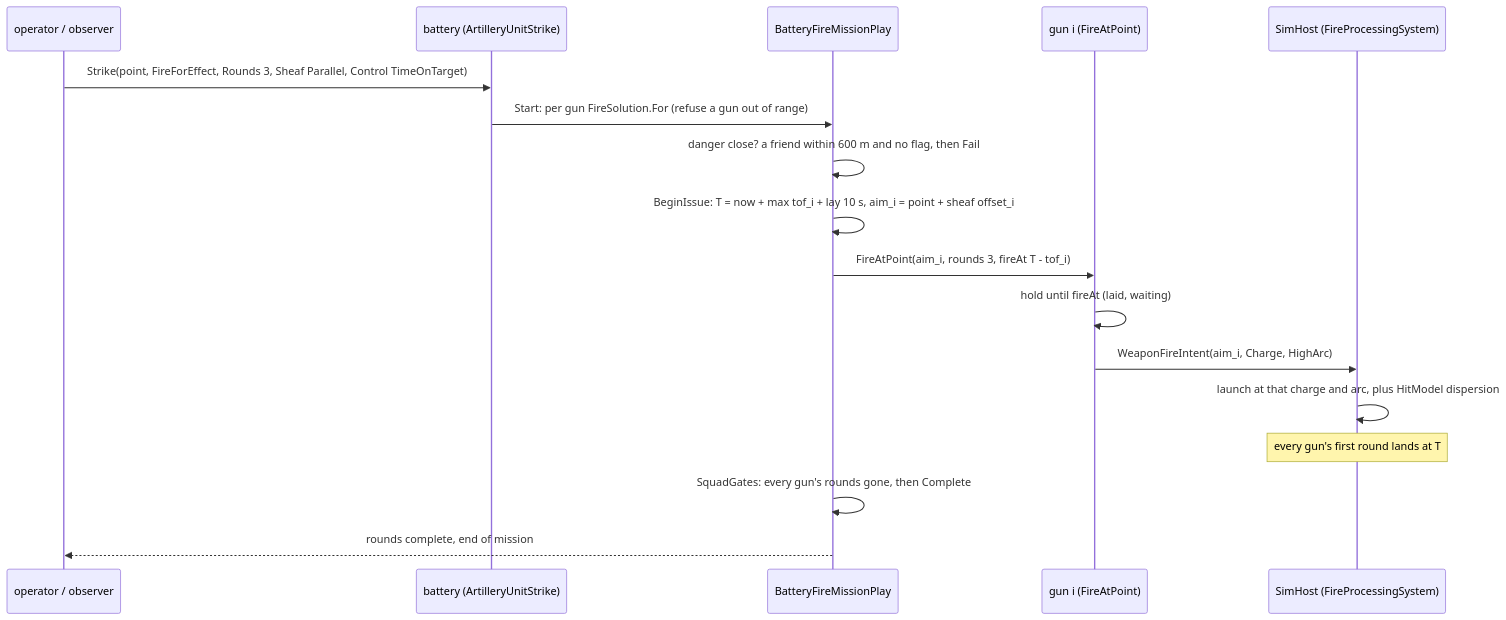
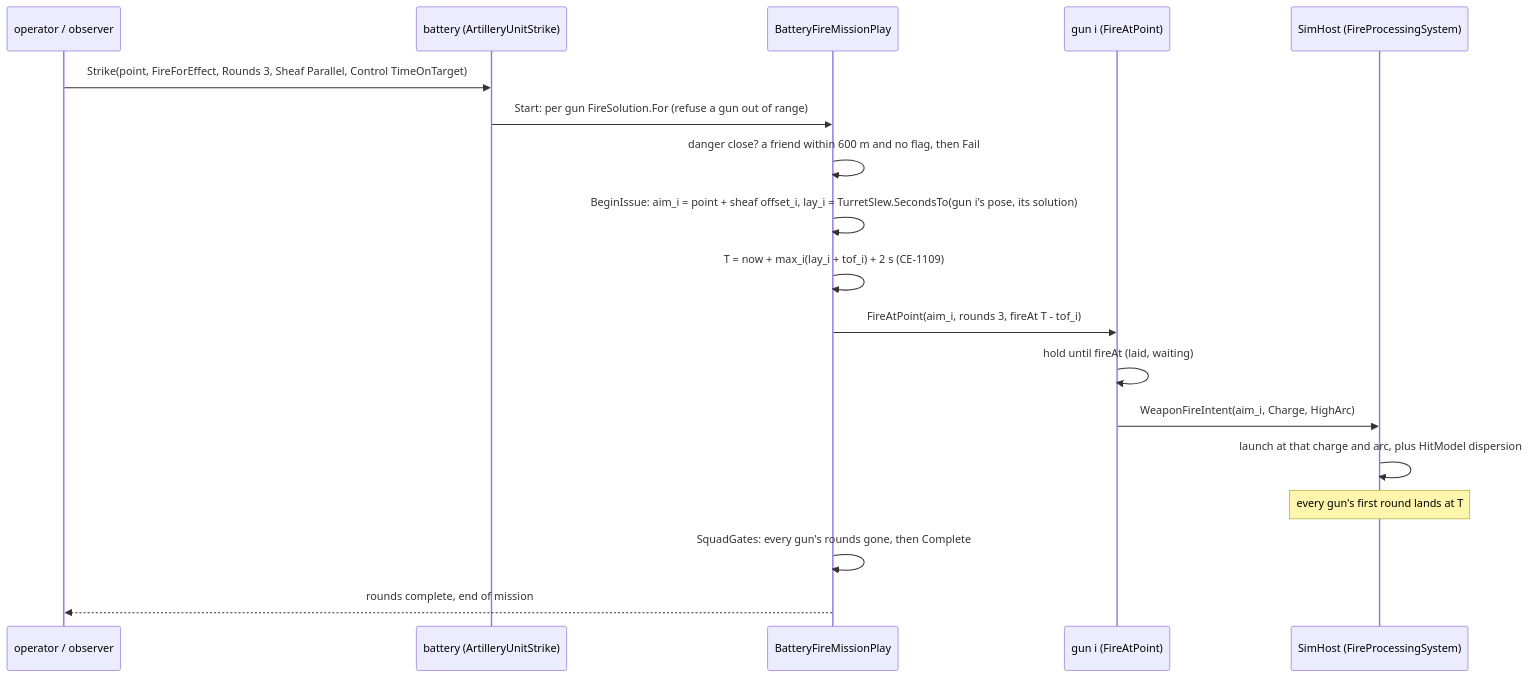
Before and after one commit to pjanec/HROT: the fourth of 7 diagrams in docs/designs/indirect-fire/DESIGN_Indirect_Fire.md, drawn with Mermaid. The commit also changed other lines of this file and 5 other files, not shown here.

First line of the commit message:
CE-1109: FM-4 time on target leaves each gun its own turret lay time

````diff
--- a/docs/designs/indirect-fire/DESIGN_Indirect_Fire.md
+++ b/docs/designs/indirect-fire/DESIGN_Indirect_Fire.md
@@ -203,19 +203,20 @@
 ```mermaid
 sequenceDiagram
   participant Op as operator / observer
   participant B as battery (ArtilleryUnitStrike)
   participant P as BatteryFireMissionPlay
   participant G as gun i (FireAtPoint)
   participant S as SimHost (FireProcessingSystem)
   Op->>B: Strike(point, FireForEffect, Rounds 3, Sheaf Parallel, Control TimeOnTarget)
   B->>P: Start: per gun FireSolution.For (refuse a gun out of range)
   P->>P: danger close? a friend within 600 m and no flag, then Fail
-  P->>P: BeginIssue: T = now + max tof_i + lay 10 s, aim_i = point + sheaf offset_i
+  P->>P: BeginIssue: aim_i = point + sheaf offset_i, lay_i = TurretSlew.SecondsTo(gun i's pose, its solution)
+  P->>P: T = now + max_i(lay_i + tof_i) + 2 s (CE-1109)
   P->>G: FireAtPoint(aim_i, rounds 3, fireAt T - tof_i)
   G->>G: hold until fireAt (laid, waiting)
   G->>S: WeaponFireIntent(aim_i, Charge, HighArc)
   S->>S: launch at that charge and arc, plus HitModel dispersion
   Note over S: every gun's first round lands at T
   P->>P: SquadGates: every gun's rounds gone, then Complete
   P-->>Op: rounds complete, end of mission
 ```
````
